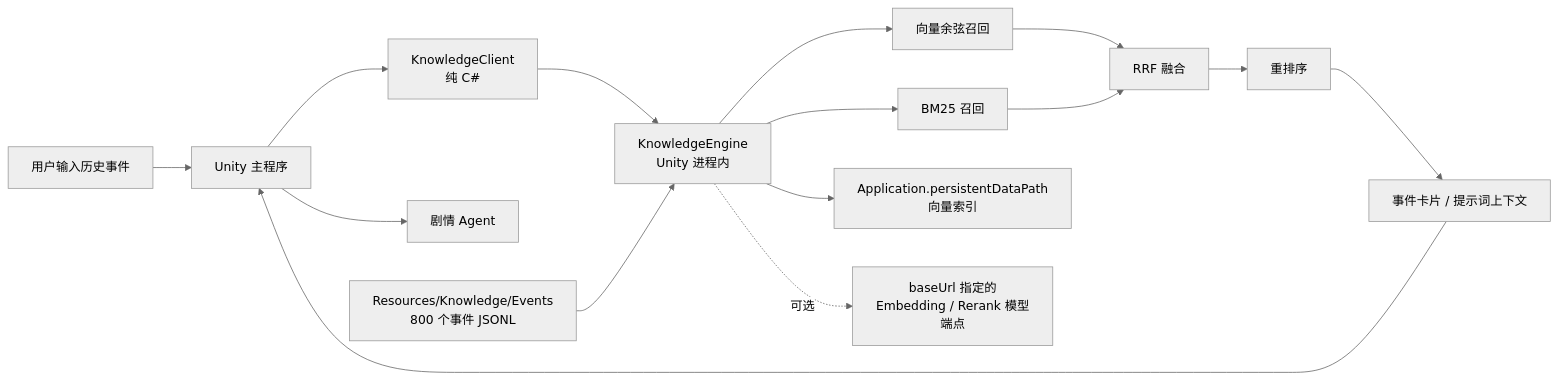
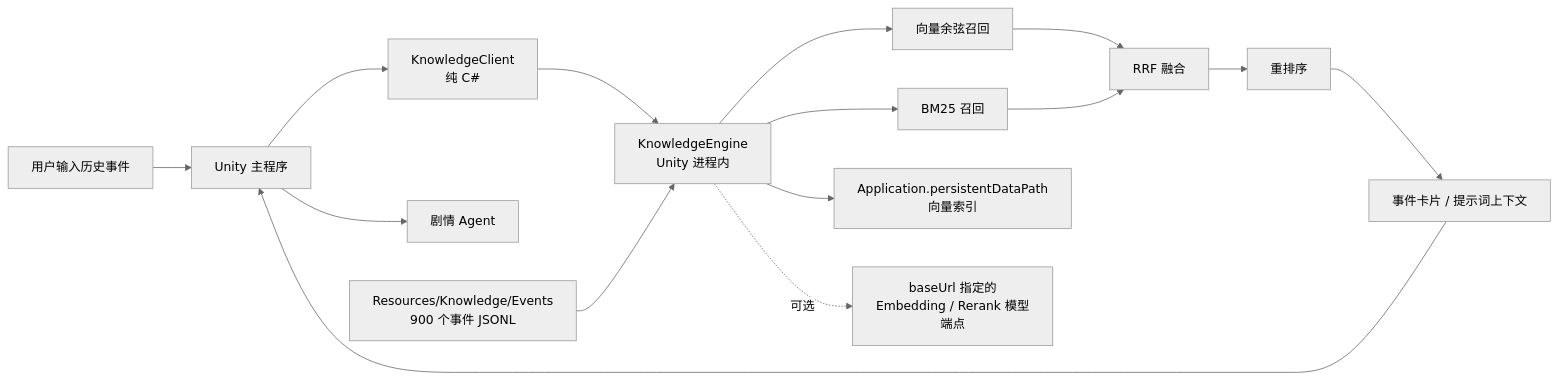
One commit to xinghuocode/epicspark changed the diagram in Docs/KnowledgeRAG.md. Above: the diagram before and after it, drawn with Mermaid (neutral theme). The commit also changed other lines of this file and 9 other files, not shown here.

````diff
--- a/Docs/KnowledgeRAG.md
+++ b/Docs/KnowledgeRAG.md
@@ -8,17 +8,17 @@
 ```mermaid
 flowchart LR
     U[用户输入历史事件] --> S[Unity 主程序]
     S --> C[KnowledgeClient<br/>纯 C#]
     C --> E[KnowledgeEngine<br/>Unity 进程内]
     E --> R1[向量余弦召回]
     E --> R2[BM25 召回]
     R1 --> F[RRF 融合]
     R2 --> F
     F --> RR[重排序]
     RR --> CX[事件卡片 / 提示词上下文]
     CX --> S
     S --> A[剧情 Agent]
-    D[Resources/Knowledge/Events<br/>800 个事件 JSONL] --> E
+    D[Resources/Knowledge/Events<br/>900 个事件 JSONL] --> E
     E --> IDX[Application.persistentDataPath<br/>向量索引]
     E -.可选.-> M[baseUrl 指定的<br/>Embedding / Rerank 模型端点]
 ```
````
